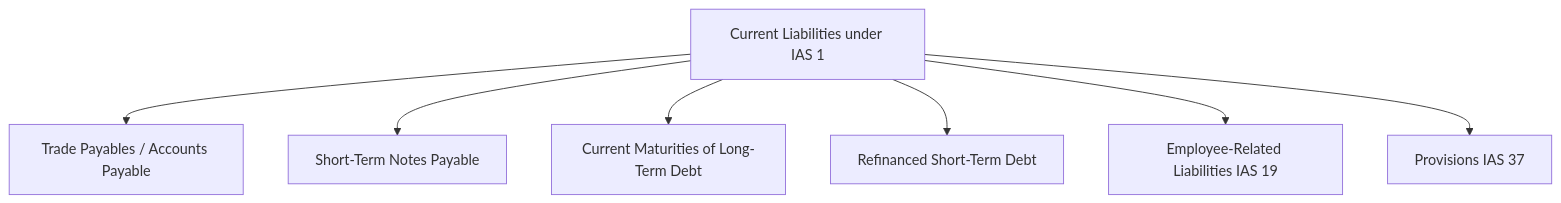
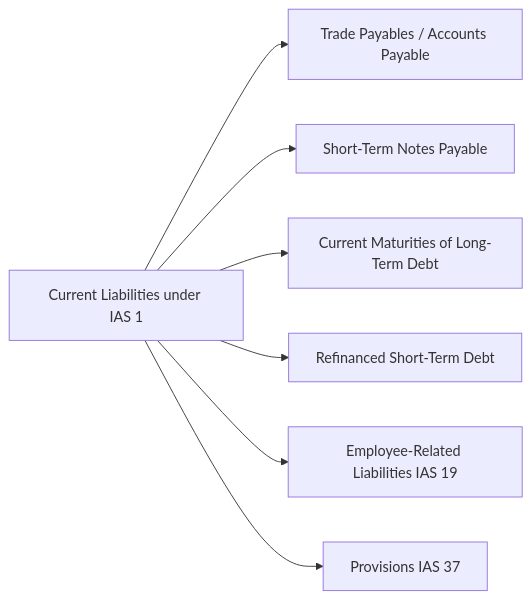
One commit to Soohaeib/shared-obsidian-notes changed the first of 4 diagrams in note-res/ai-comprehension/acc-301-intermediate-accounting/phase-3/acc-301-notes-step-10.md. Above: the diagram before and after it, drawn with Mermaid. The commit also changed other lines of this file and 18 other files, not shown here.

````diff
--- a/note-res/ai-comprehension/acc-301-intermediate-accounting/phase-3/acc-301-notes-step-10.md
+++ b/note-res/ai-comprehension/acc-301-intermediate-accounting/phase-3/acc-301-notes-step-10.md
@@ -39,10 +39,10 @@
 ```mermaid
-flowchart TD
+flowchart LR
     CL[Current Liabilities under IAS 1]
     CL --> TP[Trade Payables / Accounts Payable]
     CL --> NP[Short-Term Notes Payable]
     CL --> CMLTD[Current Maturities of Long-Term Debt]
     CL --> STDR[Refinanced Short-Term Debt]
     CL --> EMP[Employee-Related Liabilities IAS 19]
     CL --> PROV[Provisions IAS 37]
 ```
````
